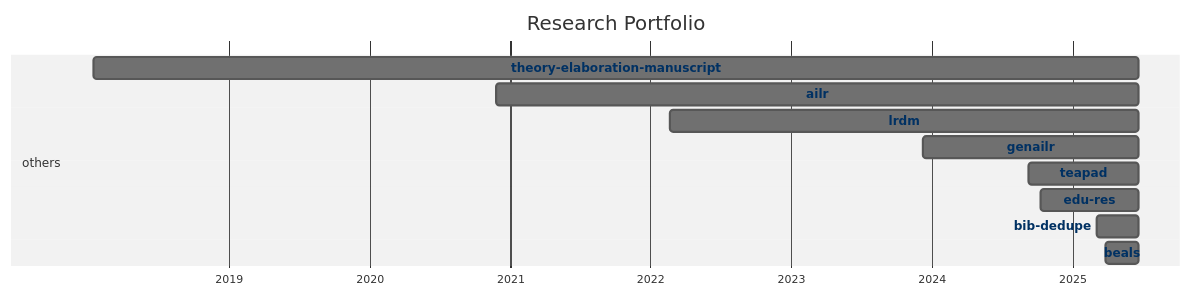
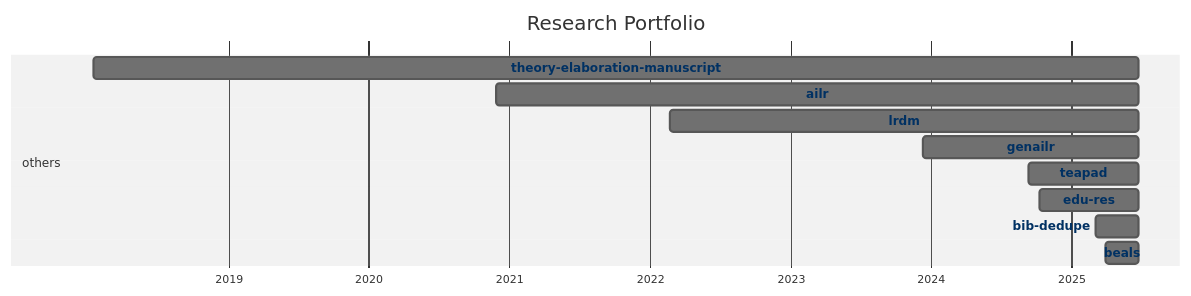
The diagram in docs/20-research/25-projects-gantt.md (digital-work-lab/handbook), drawn with Mermaid (neutral theme) before and after one commit.

Commit message:
Update repository overview

````diff
--- a/docs/20-research/25-projects-gantt.md
+++ b/docs/20-research/25-projects-gantt.md
@@ -8,35 +8,35 @@
 ```mermaid
 ---
 displayMode: compact
 ---
 gantt
 title Research Portfolio
 dateFormat YYYY-MM-DD
 axisFormat %Y
 
     section work_practices
 
     section distributed_organizing
 
     section knowledge_synthesis
 
     section others
-        beals :beals, 2025-03-28, 2025-06-22
-        bib-dedupe :bib-dedupe, 2025-03-04, 2025-06-22
-        edu-res :edu-res, 2024-10-10, 2025-06-22
-        teapad :teapad, 2024-09-10, 2025-06-22
-        genailr :genailr, 2023-12-10, 2025-06-22
-        lrdm :lrdm, 2022-02-20, 2025-06-22
-        ailr :ailr, 2020-11-26, 2025-06-22
-        theory-elaboration-manuscript :theory-elaboration-manuscript, 2018-01-15, 2025-06-22
+        beals :beals, 2025-03-28, 2025-06-23
+        bib-dedupe :bib-dedupe, 2025-03-04, 2025-06-23
+        edu-res :edu-res, 2024-10-10, 2025-06-23
+        teapad :teapad, 2024-09-10, 2025-06-23
+        genailr :genailr, 2023-12-10, 2025-06-23
+        lrdm :lrdm, 2022-02-20, 2025-06-23
+        ailr :ailr, 2020-11-26, 2025-06-23
+        theory-elaboration-manuscript :theory-elaboration-manuscript, 2018-01-15, 2025-06-23
 
 
     click beals href "{{ site.baseurl }}/docs/20-research/25-projects/_repos/beals"
     click bib-dedupe href "{{ site.baseurl }}/docs/20-research/25-projects/_repos/bib-dedupe"
     click edu-res href "{{ site.baseurl }}/docs/20-research/25-projects/_repos/edu-res"
     click teapad href "{{ site.baseurl }}/docs/20-research/25-projects/_repos/teapad"
     click genailr href "{{ site.baseurl }}/docs/20-research/25-projects/_repos/genailr"
     click lrdm href "{{ site.baseurl }}/docs/20-research/25-projects/_repos/lrdm"
     click ailr href "{{ site.baseurl }}/docs/20-research/25-projects/_repos/ailr"
     click theory-elaboration-manuscript href "{{ site.baseurl }}/docs/20-research/25-projects/_repos/theory-elaboration-manuscript"
 ```
````
